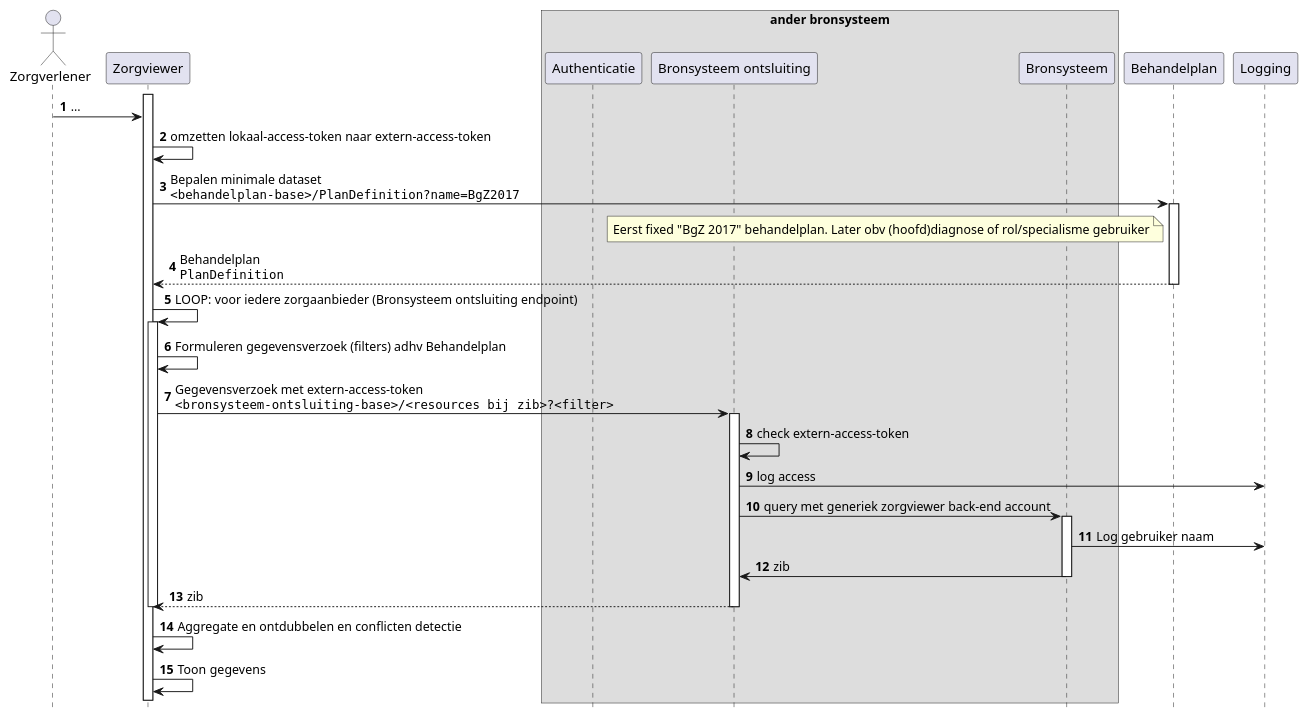
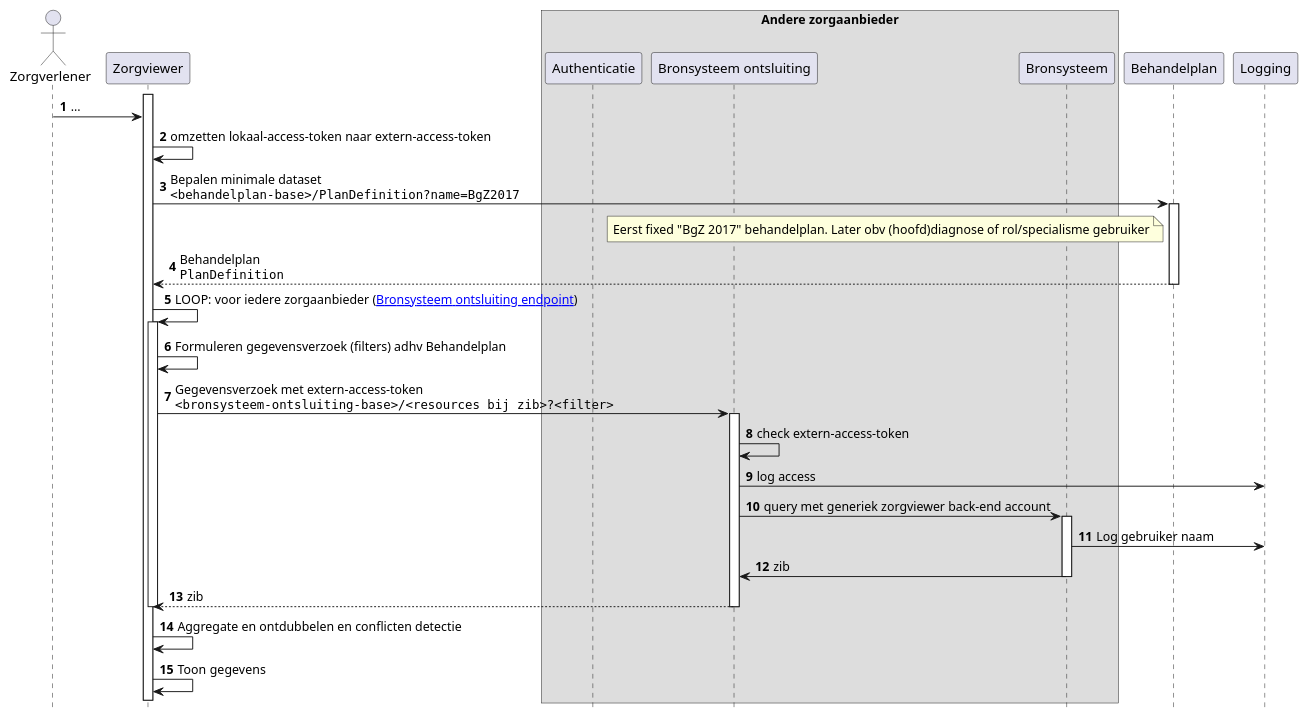
One commit to RIVO-Noord/zorgviewer-ig changed the diagram in input/images-source/Zorgviewer-seq-3.plantuml. Above: the diagram before and after it, drawn with PlantUML. The commit also changed 4 other files, not shown here.

```diff
--- a/input/images-source/Zorgviewer-seq-3.plantuml
+++ b/input/images-source/Zorgviewer-seq-3.plantuml
@@ -1,45 +1,45 @@
 @startuml
 hide footbox
 autonumber
 
 actor Zorgverlener
 participant Zorgviewer
-box "ander bronsysteem"
+box "Andere zorgaanbieder"
 participant Authenticatie
 participant "Bronsysteem ontsluiting" as Bron
 participant Bronsysteem
 end box
 participant Behandelplan
 
 
 activate Zorgviewer
 Zorgverlener->Zorgviewer: ...
 Zorgviewer->Zorgviewer: omzetten lokaal-access-token naar extern-access-token
 Zorgviewer->Behandelplan: Bepalen minimale dataset\n""<behandelplan-base>/PlanDefinition?name=BgZ2017""
 note left Behandelplan
   Eerst fixed "BgZ 2017" behandelplan. Later obv (hoofd)diagnose of rol/specialisme gebruiker
 end note
 activate Behandelplan
 Behandelplan-->Zorgviewer: Behandelplan\n""PlanDefinition""
 deactivate Behandelplan
-Zorgviewer->Zorgviewer: LOOP: voor iedere zorgaanbieder (Bronsysteem ontsluiting endpoint)
+Zorgviewer->Zorgviewer: LOOP: voor iedere zorgaanbieder ([[Endpoint-UMCG.html Bronsysteem ontsluiting endpoint]])
 activate Zorgviewer
 Zorgviewer->Zorgviewer: Formuleren gegevensverzoek (filters) adhv Behandelplan
 
 Zorgviewer->Bron: Gegevensverzoek met extern-access-token\n""<bronsysteem-ontsluiting-base>/<resources bij zib>?<filter>""
 activate Bron
 Bron->Bron : check extern-access-token
 Bron->Logging : log access
 Bron->Bronsysteem : query met generiek zorgviewer back-end account
 activate Bronsysteem
 Bronsysteem->Logging : Log gebruiker naam
 Bronsysteem->Bron: zib
 deactivate Bronsysteem
 Bron-->Zorgviewer: zib
 deactivate Bron
 deactivate Zorgviewer
 
 Zorgviewer->Zorgviewer: Aggregate en ontdubbelen en conflicten detectie
 Zorgviewer->Zorgviewer: Toon gegevens
 
 @enduml
```
